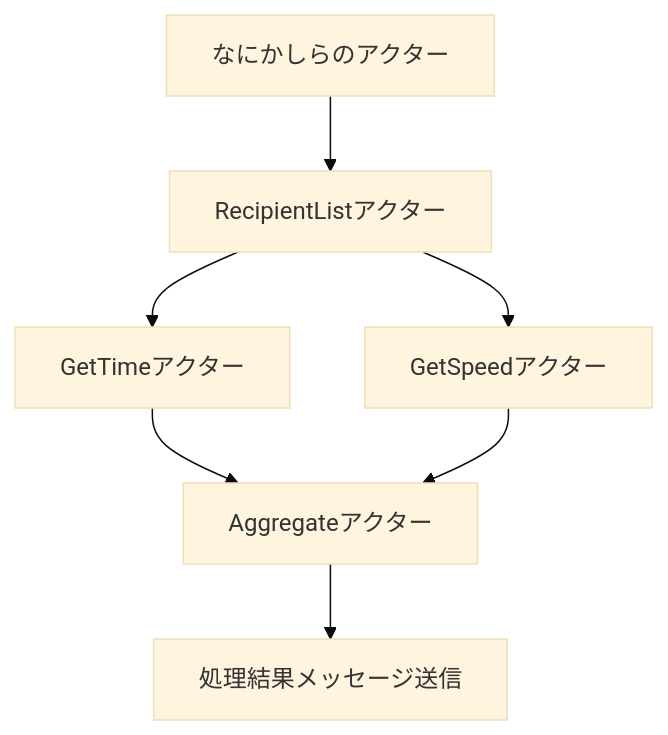
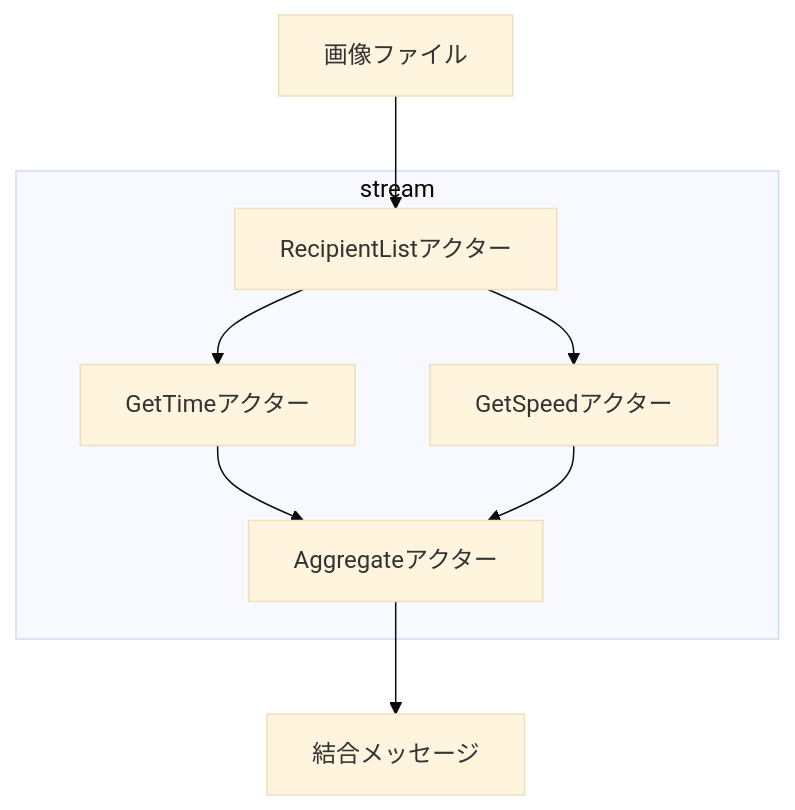
One commit to ytake/protoactor-go-example changed the second of 2 diagrams in structure/readme.md. Above: the diagram before and after it, drawn with Mermaid (base theme). The commit also changed other lines of this file, not shown here.

````diff
--- a/structure/readme.md
+++ b/structure/readme.md
@@ -27,9 +28,13 @@
 ```mermaid
-graph TD;
-    なにかしらのアクター --> RecipientListアクター;
-    RecipientListアクター -->　GetTimeアクター;
-    RecipientListアクター -->　GetSpeedアクター;
-    GetTimeアクター --> Aggregateアクター;
-    GetSpeedアクター --> Aggregateアクター;
-    Aggregateアクター --> 処理結果メッセージ送信;
+graph TD
+    画像ファイル --> RecipientListアクター;
+
+subgraph stream
+RecipientListアクター --> GetTimeアクター;
+RecipientListアクター --> GetSpeedアクター;
+GetTimeアクター --> Aggregateアクター;
+GetSpeedアクター --> Aggregateアクター;
+end
+
+    Aggregateアクター --> 結合メッセージ;
 ```
````
